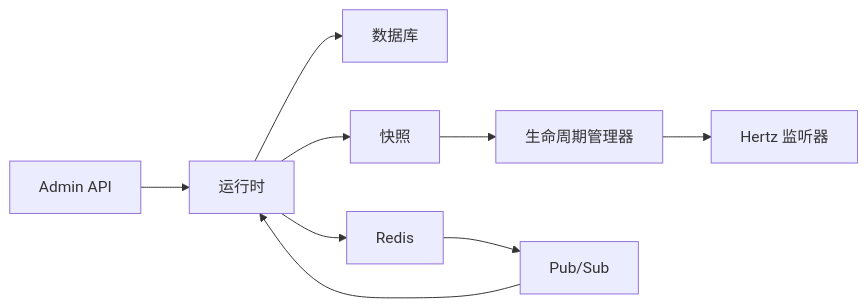
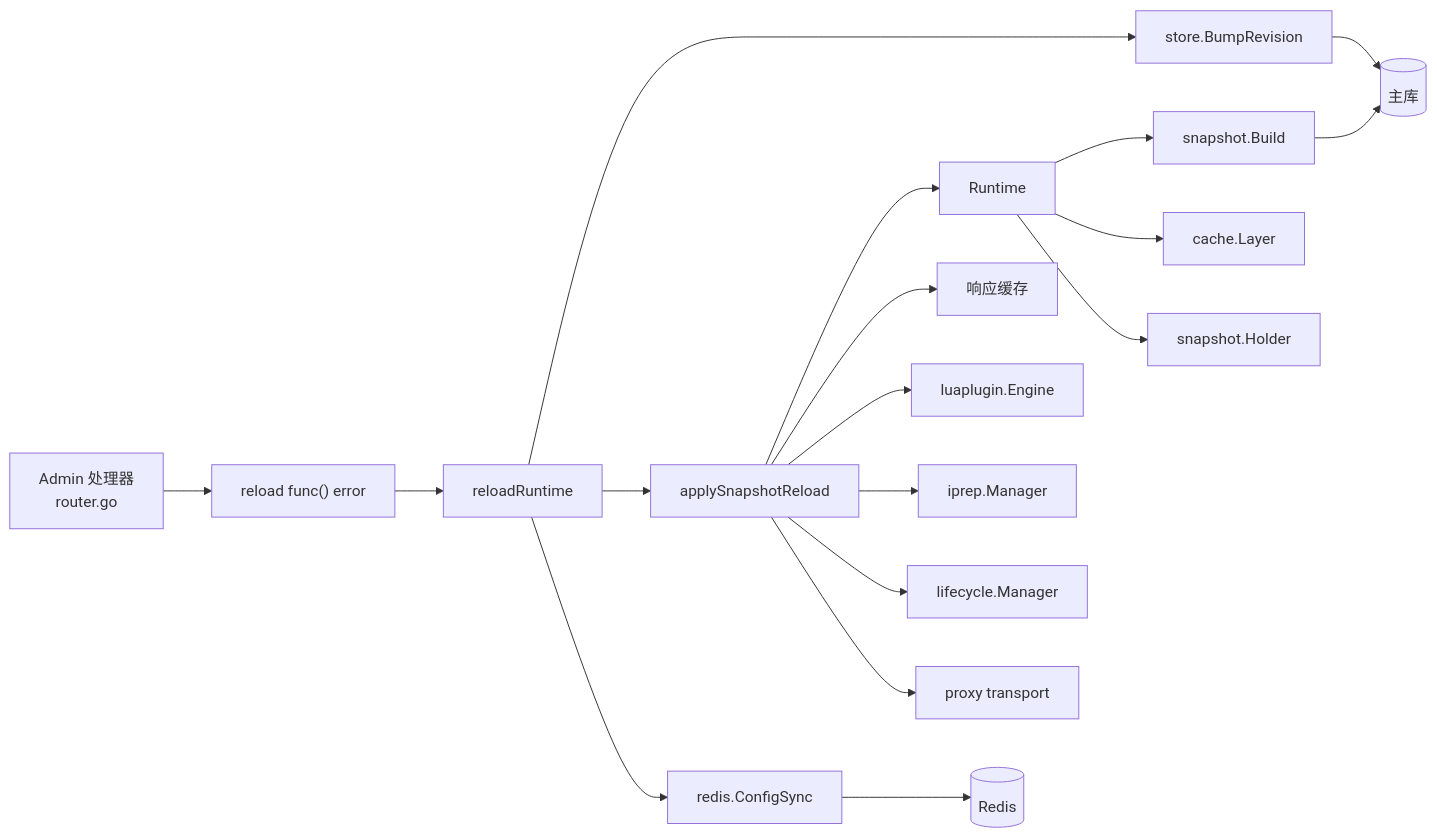
One commit to x01n/My-OpenWaf changed the sixth of 6 diagrams in docs/配置管理系统/热重载系统.md. Above: the diagram before and after it, drawn with Mermaid. The commit also changed other lines of this file and 622 other files, not shown here.

````diff
--- a/docs/配置管理系统/热重载系统.md
+++ b/docs/配置管理系统/热重载系统.md
@@ -286,11 +517,20 @@
 ```mermaid
 graph LR
-Admin["Admin API"] --> RT["运行时"]
-RT --> DB["数据库"]
-RT --> Redis["Redis"]
-RT --> Snap["快照"]
-Snap --> LM["生命周期管理器"]
-LM --> Hertz["Hertz 监听器"]
-Redis --> PubSub["Pub/Sub"]
-PubSub --> RT
+Handler["Admin 处理器<br/>router.go"] --> Closure["reload func() error"]
+Closure --> RR["reloadRuntime"]
+RR --> Bump["store.BumpRevision"]
+RR --> ASR["applySnapshotReload"]
+ASR --> RT["Runtime"]
+RT --> BuildFn["snapshot.Build"]
+RT --> Layer["cache.Layer"]
+RT --> Holder["snapshot.Holder"]
+ASR --> RespCache["响应缓存"]
+ASR --> LuaEng["luaplugin.Engine"]
+ASR --> IPR["iprep.Manager"]
+ASR --> LM["lifecycle.Manager"]
+ASR --> Pool["proxy transport"]
+RR --> CS["redis.ConfigSync"]
+CS --> Redis[("Redis")]
+BuildFn --> DB[("主库")]
+Bump --> DB
 ```
````
